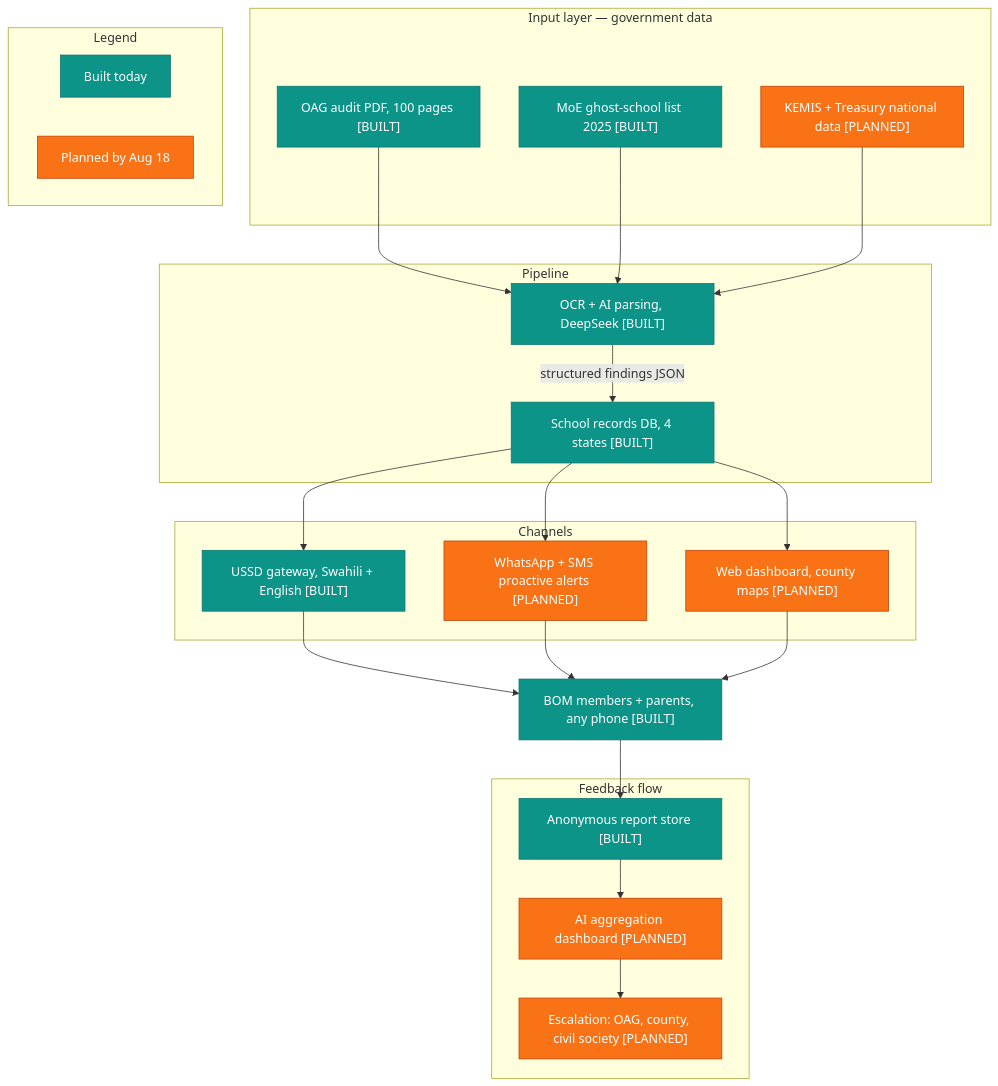
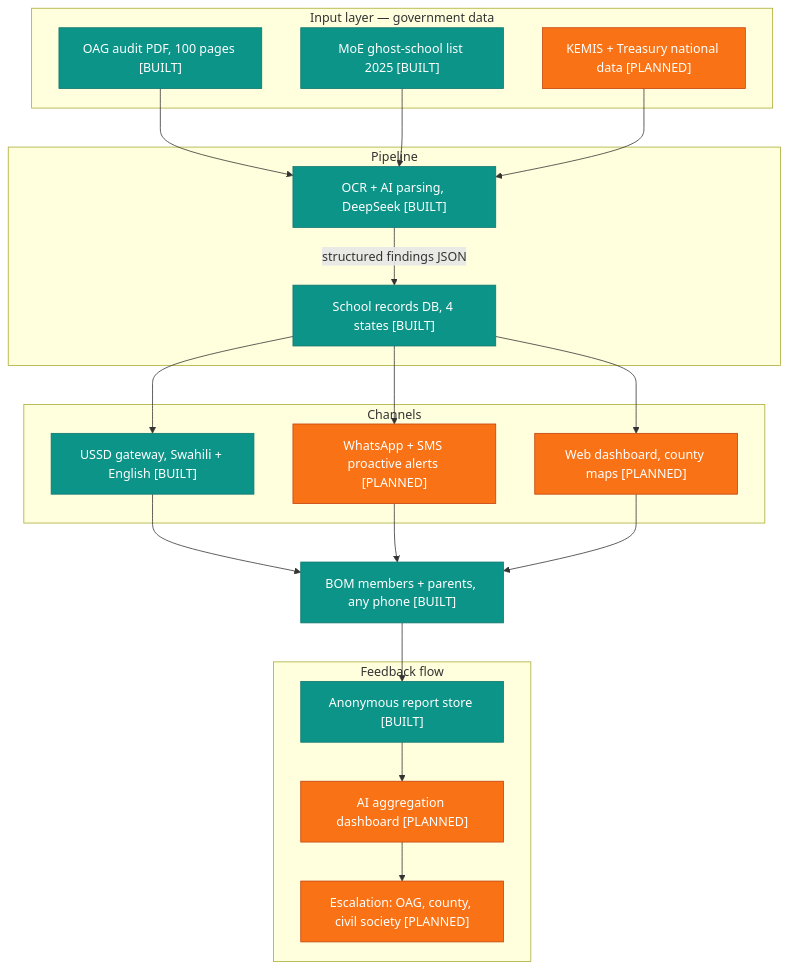
Before and after one commit to mercy-rotich/kamilimu: the second of 2 diagrams in README.md, drawn with Mermaid. The commit also changed other lines of this file, not shown here.

Commit message:
updates on the diagram

````diff
--- a/README.md
+++ b/README.md
@@ -122,51 +150,46 @@
 ```mermaid
 graph TD
     subgraph input["Input layer — government data"]
         OAG["OAG audit PDF, 100 pages [BUILT]"]
         MOE["MoE ghost-school list 2025 [BUILT]"]
         KEMIS["KEMIS + Treasury national data [PLANNED]"]
     end
 
     subgraph pipeline["Pipeline"]
         OCR["OCR + AI parsing, DeepSeek [BUILT]"]
         DB["School records DB, 4 states [BUILT]"]
     end
 
     subgraph channels["Channels"]
         USSD["USSD gateway, Swahili + English [BUILT]"]
         WA["WhatsApp + SMS proactive alerts [PLANNED]"]
         WEB["Web dashboard, county maps [PLANNED]"]
     end
 
     USERS["BOM members + parents, any phone [BUILT]"]
 
     subgraph feedback["Feedback flow"]
         REPORTS["Anonymous report store [BUILT]"]
         AGG["AI aggregation dashboard [PLANNED]"]
         ESC["Escalation: OAG, county, civil society [PLANNED]"]
     end
 
-    subgraph legend["Legend"]
-        L1["Built today"]
-        L2["Planned by Aug 18"]
-    end
-
     OAG --> OCR
     MOE --> OCR
     KEMIS --> OCR
     OCR -->|"structured findings JSON"| DB
     DB --> USSD
     DB --> WA
     DB --> WEB
     USSD --> USERS
     WA --> USERS
     WEB --> USERS
     USERS --> REPORTS
     REPORTS --> AGG
     AGG --> ESC
 
     classDef built fill:#0d9488,stroke:#0f766e,color:#ffffff
     classDef planned fill:#f97316,stroke:#c2410c,color:#ffffff
-    class OAG,MOE,OCR,DB,USSD,USERS,REPORTS,L1 built
-    class KEMIS,WA,WEB,AGG,ESC,L2 planned
+    class OAG,MOE,OCR,DB,USSD,USERS,REPORTS built
+    class KEMIS,WA,WEB,AGG,ESC planned
 ```
````
